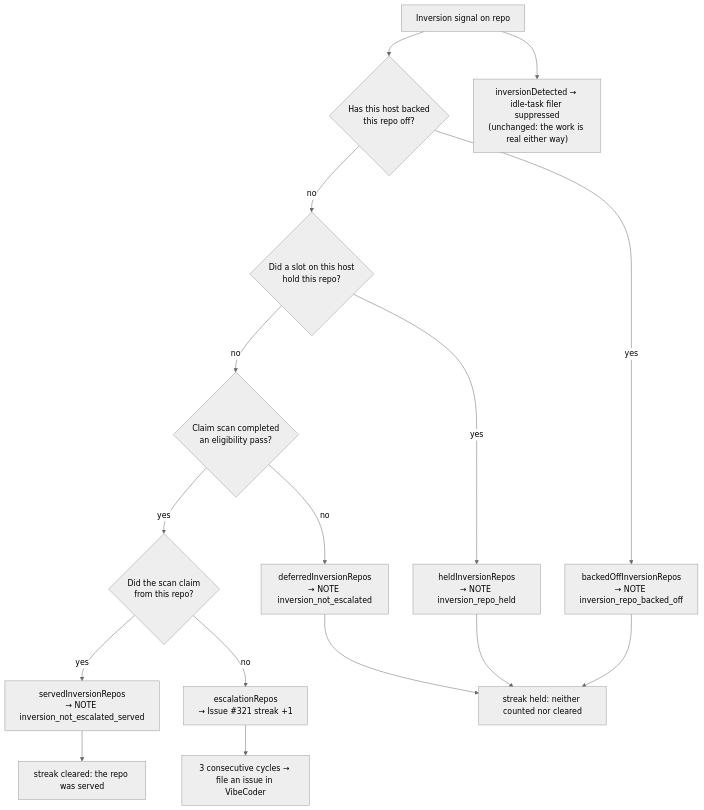
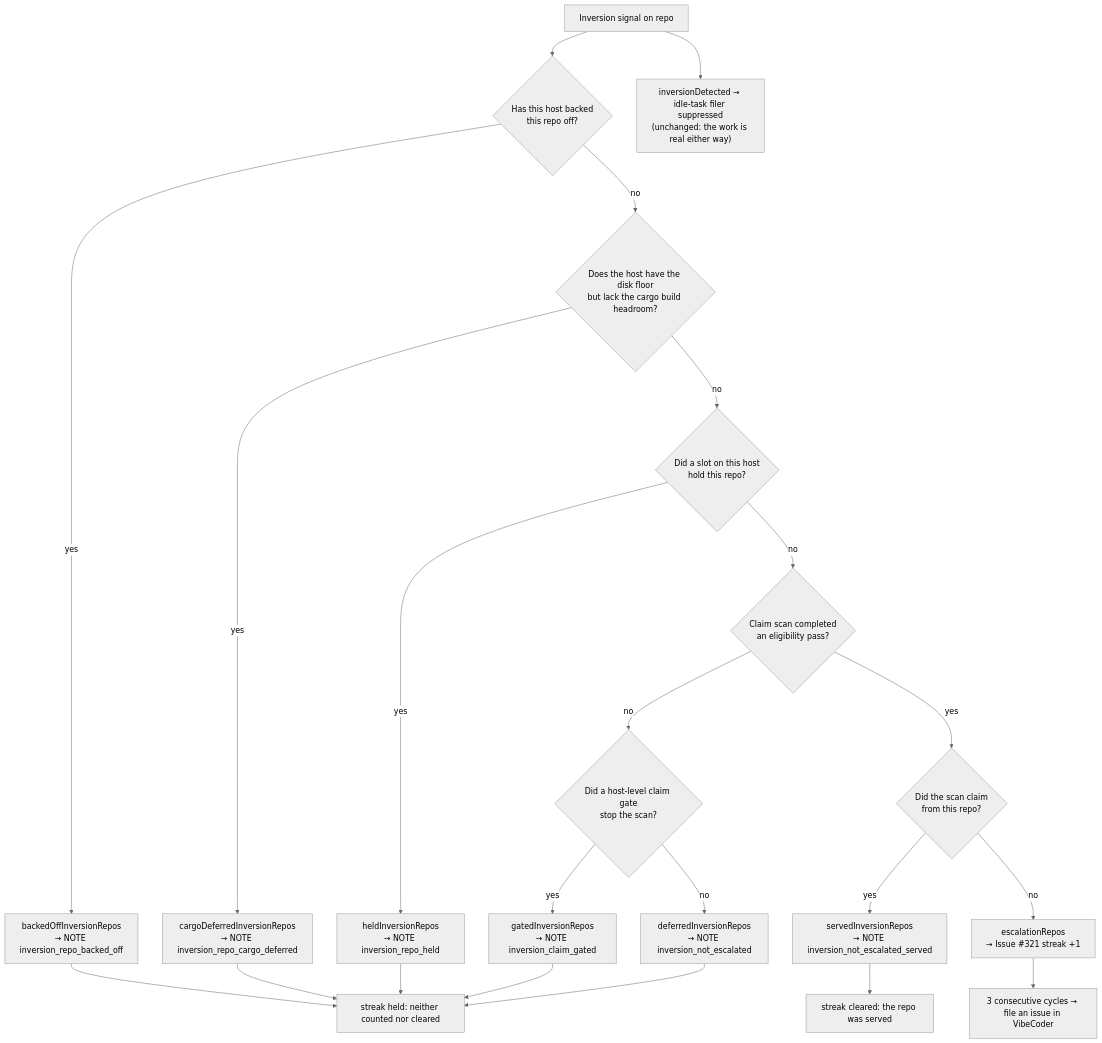
One commit to stSoftwareAU/VibeCoder changed the seventh of 21 diagrams in docs/IDLE-TASK-FRAMEWORK.md. Above: the diagram before and after it, drawn with Mermaid (neutral theme). The commit also changed other lines of this file and 4 other files, not shown here.

First line of the commit message:
Census and audit treat cargo-deferred repos as not shown to the scan (Issue #4751)

````diff
--- a/docs/IDLE-TASK-FRAMEWORK.md
+++ b/docs/IDLE-TASK-FRAMEWORK.md
@@ -1251,18 +1251,24 @@
 ```mermaid
 flowchart TD
     S["Inversion signal on repo"] --> A{"Has this host backed<br/>this repo off?"}
     A -- yes --> N["backedOffInversionRepos<br/>→ NOTE inversion_repo_backed_off"]
-    A -- no --> B{"Did a slot on this host<br/>hold this repo?"}
+    A -- no --> K{"Does the host have the disk floor<br/>but lack the cargo build headroom?"}
+    K -- yes --> KC["cargoDeferredInversionRepos<br/>→ NOTE inversion_repo_cargo_deferred"]
+    K -- no --> B{"Did a slot on this host<br/>hold this repo?"}
     B -- yes --> G["heldInversionRepos<br/>→ NOTE inversion_repo_held"]
     B -- no --> C{"Claim scan completed<br/>an eligibility pass?"}
-    C -- no --> D["deferredInversionRepos<br/>→ NOTE inversion_not_escalated"]
+    C -- no --> Q{"Did a host-level claim gate<br/>stop the scan?"}
+    Q -- yes --> GT["gatedInversionRepos<br/>→ NOTE inversion_claim_gated"]
+    Q -- no --> D["deferredInversionRepos<br/>→ NOTE inversion_not_escalated"]
     C -- yes --> V{"Did the scan claim<br/>from this repo?"}
     V -- yes --> W["servedInversionRepos<br/>→ NOTE inversion_not_escalated_served"]
     V -- no --> E["escalationRepos<br/>→ Issue #321 streak +1"]
     E --> F["3 consecutive cycles → file an issue in VibeCoder"]
     D --> H["streak held: neither counted nor cleared"]
     G --> H
+    GT --> H
     N --> H
+    KC --> H
     W --> H2["streak cleared: the repo was served"]
     S --> I["inversionDetected → idle-task filer suppressed<br/>(unchanged: the work is real either way)"]
 ```
````
